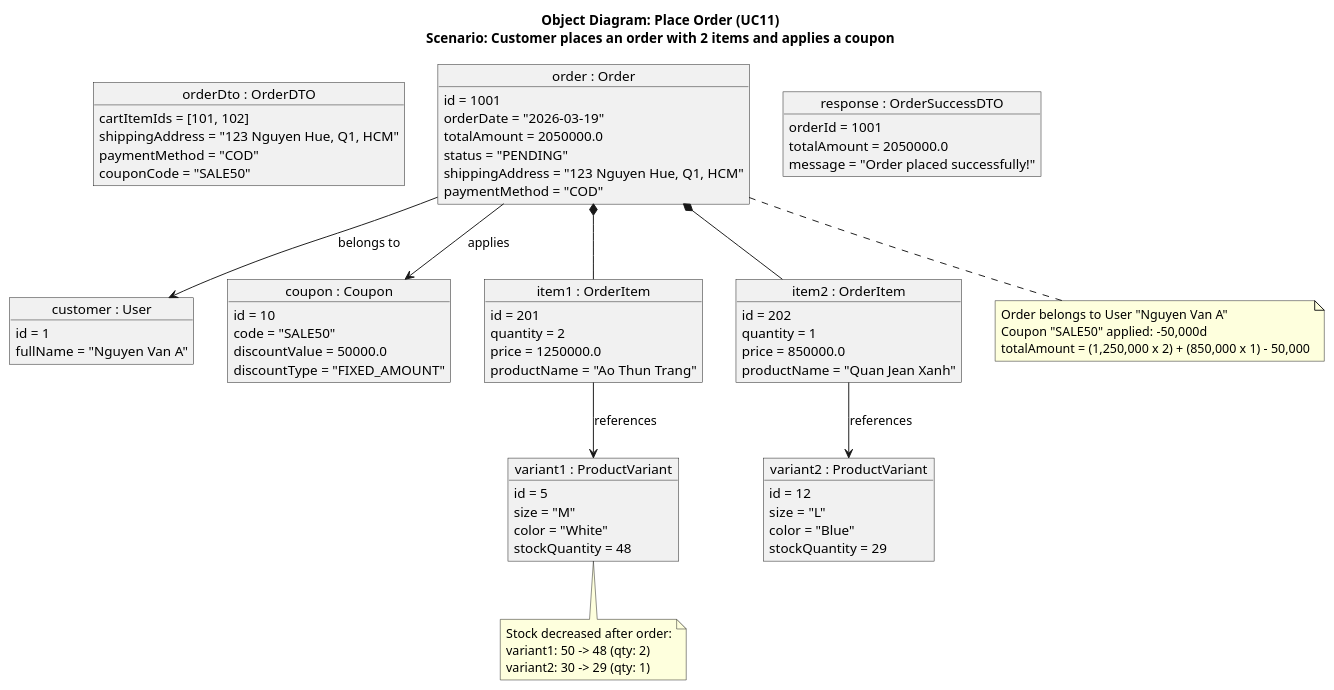
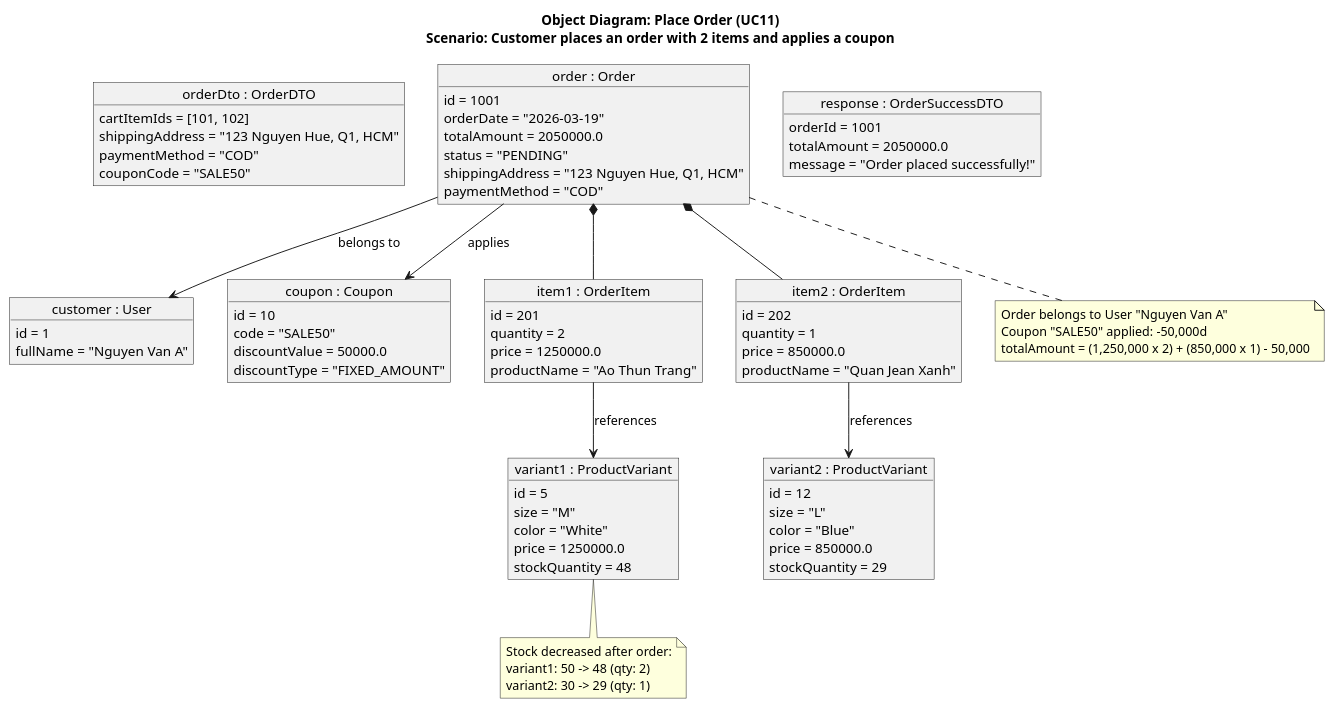
The diagram in src/main/java/org/example/fashionstoresystem/uml/Object/OD11_PlaceOrder.puml (Peterdir/fashion-store-system), drawn with PlantUML before and after one commit. The commit also changed 28 other files, not shown here.

```diff
--- a/src/main/java/org/example/fashionstoresystem/uml/Object/OD11_PlaceOrder.puml
+++ b/src/main/java/org/example/fashionstoresystem/uml/Object/OD11_PlaceOrder.puml
@@ -1,93 +1,95 @@
 @startuml
 title Object Diagram: Place Order (UC11)\nScenario: Customer places an order with 2 items and applies a coupon
 
 ' DTO - Data sent from checkout form
 object "orderDto : OrderDTO" as dto {
     cartItemIds = [101, 102]
     shippingAddress = "123 Nguyen Hue, Q1, HCM"
     paymentMethod = "COD"
     couponCode = "SALE50"
 }
 
 ' Entity - User
 object "customer : User" as user {
     id = 1
     fullName = "Nguyen Van A"
 }
 
 ' Entity - Coupon applied
 object "coupon : Coupon" as coupon {
     id = 10
     code = "SALE50"
     discountValue = 50000.0
     discountType = "FIXED_AMOUNT"
 }
 
 ' Entity - Order created
 object "order : Order" as order {
     id = 1001
     orderDate = "2026-03-19"
     totalAmount = 2050000.0
     status = "PENDING"
     shippingAddress = "123 Nguyen Hue, Q1, HCM"
     paymentMethod = "COD"
 }
 
 ' Entity - Order Items
 object "item1 : OrderItem" as item1 {
     id = 201
     quantity = 2
     price = 1250000.0
     productName = "Ao Thun Trang"
 }
 
 object "item2 : OrderItem" as item2 {
     id = 202
     quantity = 1
     price = 850000.0
     productName = "Quan Jean Xanh"
 }
 
 ' Entity - ProductVariants (stock updated)
 object "variant1 : ProductVariant" as v1 {
     id = 5
     size = "M"
     color = "White"
+    price = 1250000.0
     stockQuantity = 48
 }
 
 object "variant2 : ProductVariant" as v2 {
     id = 12
     size = "L"
     color = "Blue"
+    price = 850000.0
     stockQuantity = 29
 }
 
 ' Response DTO
 object "response : OrderSuccessDTO" as res {
     orderId = 1001
     totalAmount = 2050000.0
     message = "Order placed successfully!"
 }
 
 ' Structural relationships
 order *-- item1
 order *-- item2
 order --> user : belongs to
 order --> coupon : applies
 item1 --> v1 : references
 item2 --> v2 : references
 
 note bottom of order
     Order belongs to User "Nguyen Van A"
     Coupon "SALE50" applied: -50,000d
     totalAmount = (1,250,000 x 2) + (850,000 x 1) - 50,000
 end note
 
 note bottom of v1
     Stock decreased after order:
     variant1: 50 -> 48 (qty: 2)
     variant2: 30 -> 29 (qty: 1)
 end note
 
 @enduml
```
